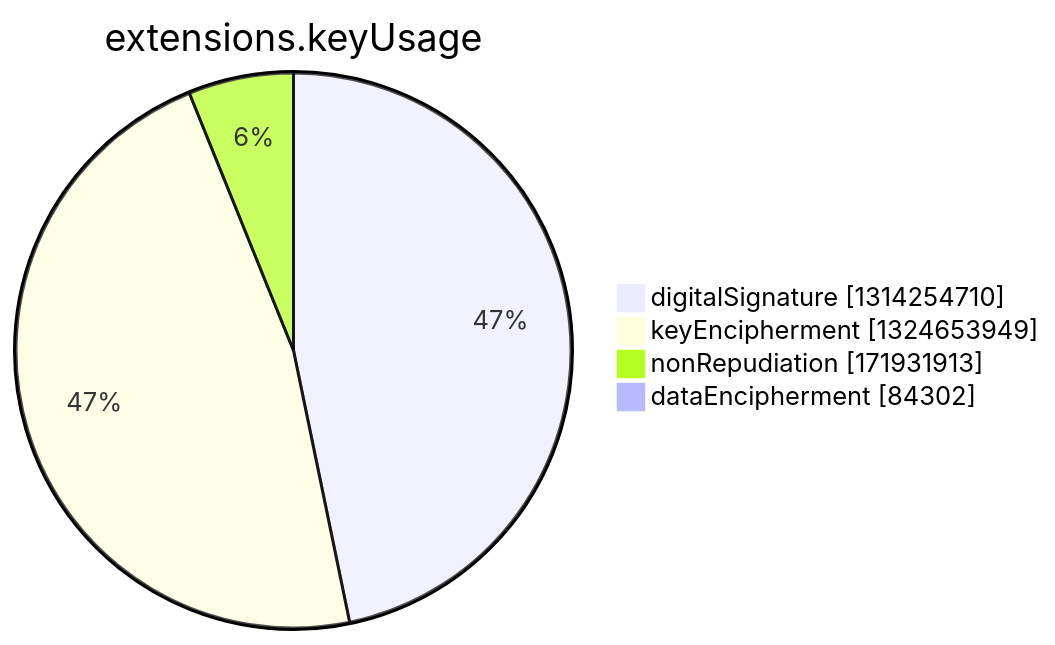
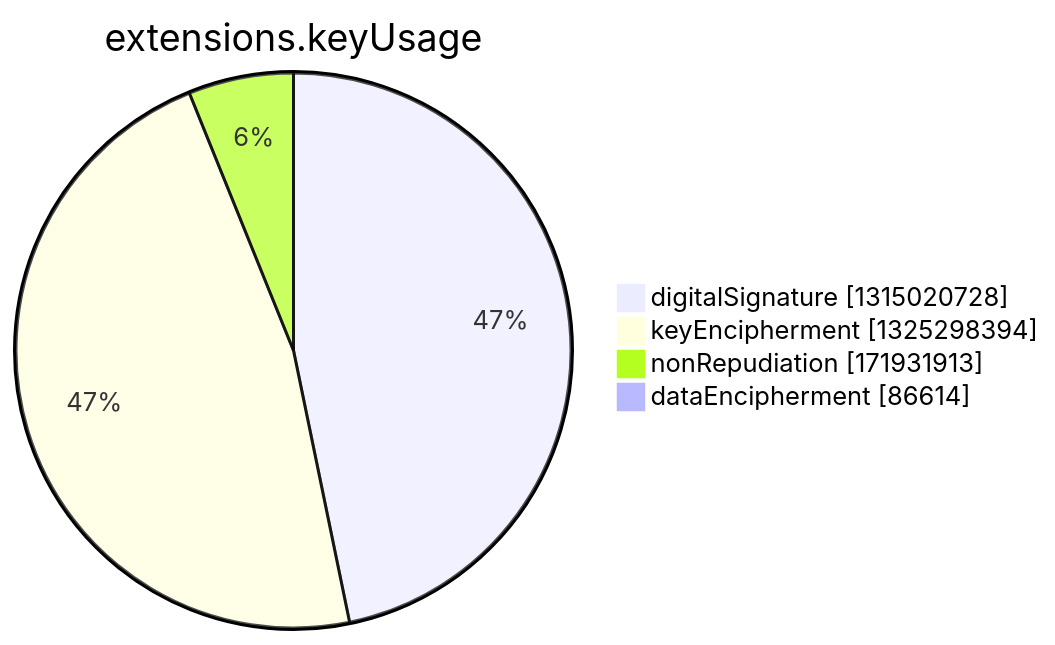
The seventh of 15 diagrams in argon2022/README.md (christiankrug/ctmonitor_visualization), drawn with Mermaid before and after one commit. The commit also changed other lines of this file, not shown here.

````diff
--- a/argon2022/README.md
+++ b/argon2022/README.md
@@ -2750,8 +2750,8 @@
 ```mermaid
 pie showData
 title extensions.keyUsage
-"digitalSignature" :1314254710
-"keyEncipherment" :1324653949
+"digitalSignature" :1315020728
+"keyEncipherment" :1325298394
 "nonRepudiation" :171931913
-"dataEncipherment" :84302
+"dataEncipherment" :86614
 ```
````
